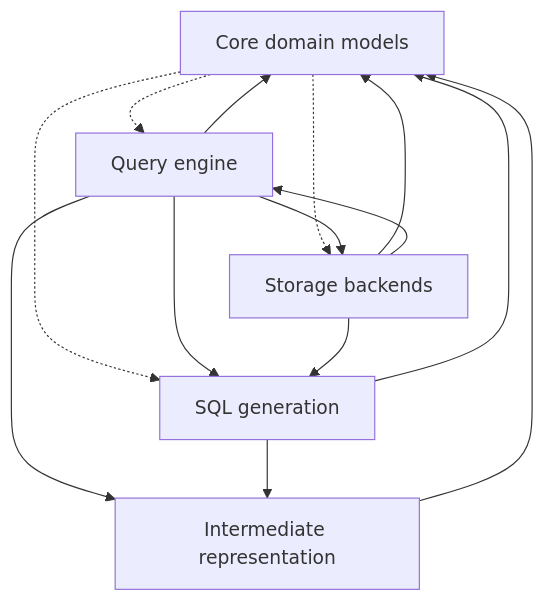
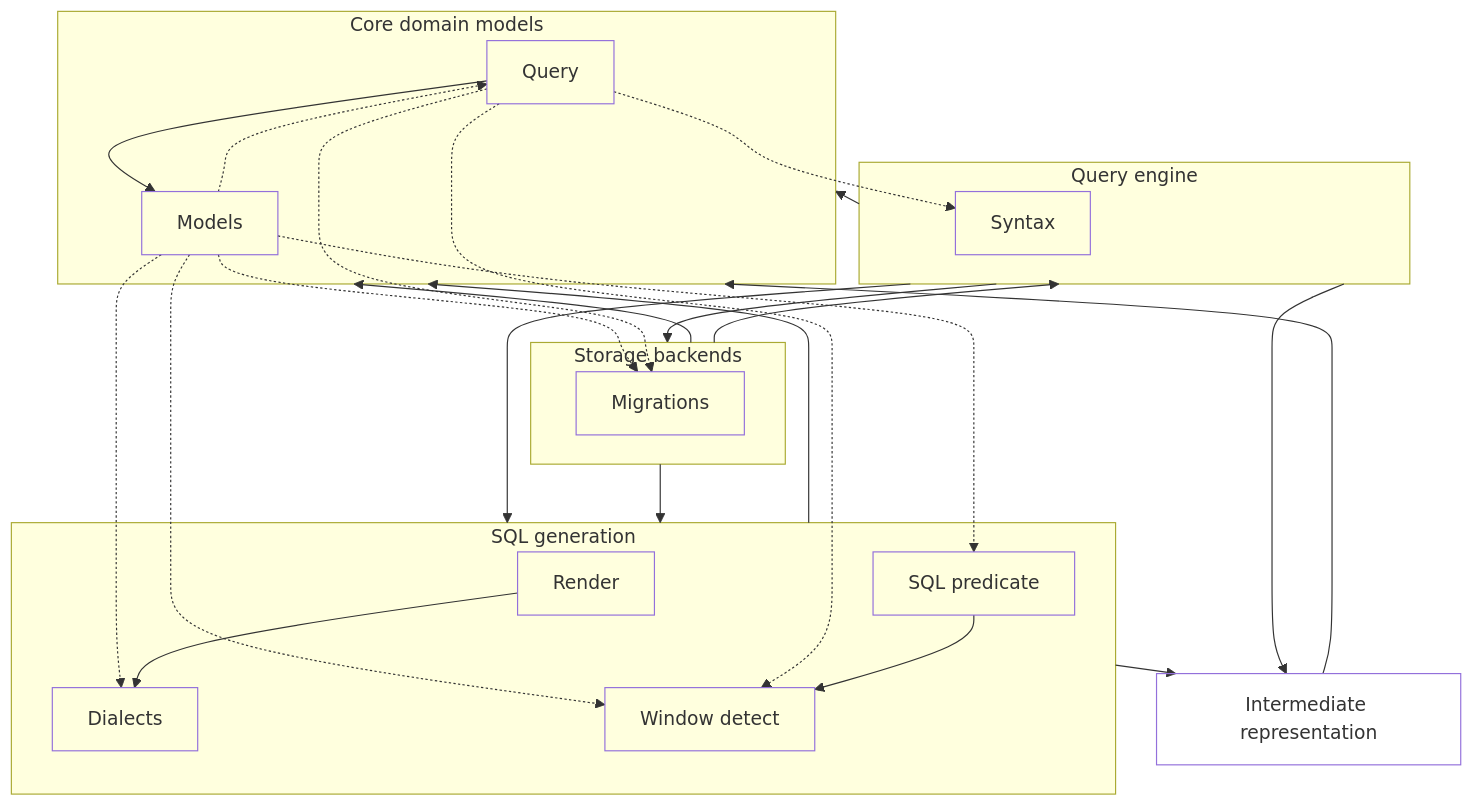
One commit to MotleyAI/slayer changed the diagram in architecture/engine.arc42.md. Above: the diagram before and after it, drawn with Mermaid. The commit also changed 18 other files, not shown here.

````diff
--- a/architecture/engine.arc42.md
+++ b/architecture/engine.arc42.md
@@ -15,22 +15,44 @@
 ```mermaid
 flowchart TD
   %% query_pipeline: Query pipeline
-  core["Core domain models"]
-  engine["Query engine"]
-  sql["SQL generation"]
+  subgraph core["Core domain models"]
+    core__query["Query"]
+    core__models["Models"]
+  end
+  subgraph sql["SQL generation"]
+    sql__render["Render"]
+    sql__dialects["Dialects"]
+    sql__sql_predicate["SQL predicate"]
+    sql__window_detect["Window detect"]
+  end
+  subgraph engine["Query engine"]
+    engine__syntax["Syntax"]
+  end
   ir["Intermediate representation"]
-  storage["Storage backends"]
-  core -.-> engine
-  core -.-> sql
-  core -.-> storage
+  subgraph storage["Storage backends"]
+    storage__migrations["Migrations"]
+  end
+  core__query -.-> engine__syntax
+  core__models -.-> sql__dialects
+  core__models -.-> sql__sql_predicate
+  core__models -.-> sql__window_detect
+  core__query -.-> sql__window_detect
+  core__models -.-> storage__migrations
+  core__query -.-> storage__migrations
+  core__models -.-> core__query
+  core__query --> core__models
+  sql__render --> sql__dialects
+  sql__sql_predicate --> sql__window_detect
   engine --> core
   engine --> ir
   engine --> sql
   engine --> storage
   ir --> core
   sql --> core
   sql --> ir
   storage --> core
   storage --> engine
   storage --> sql
+  classDef leaf fill:none;
+  class core__query,core__models,sql__render,sql__dialects,sql__sql_predicate,sql__window_detect,engine__syntax,ir,storage__migrations leaf;
 ```
````
